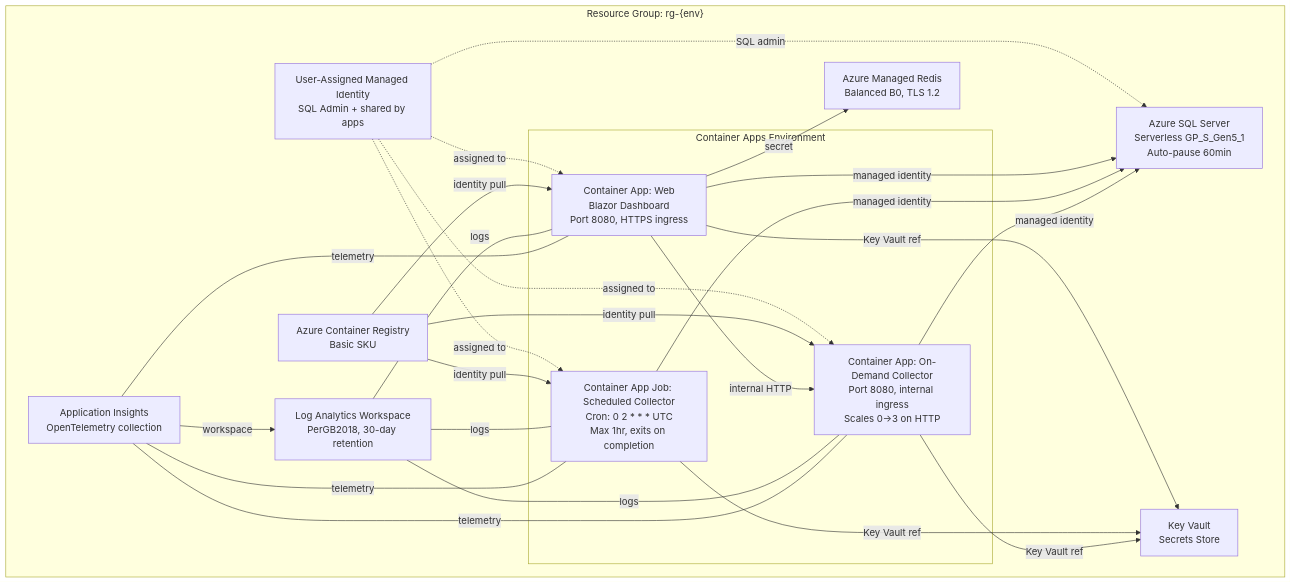
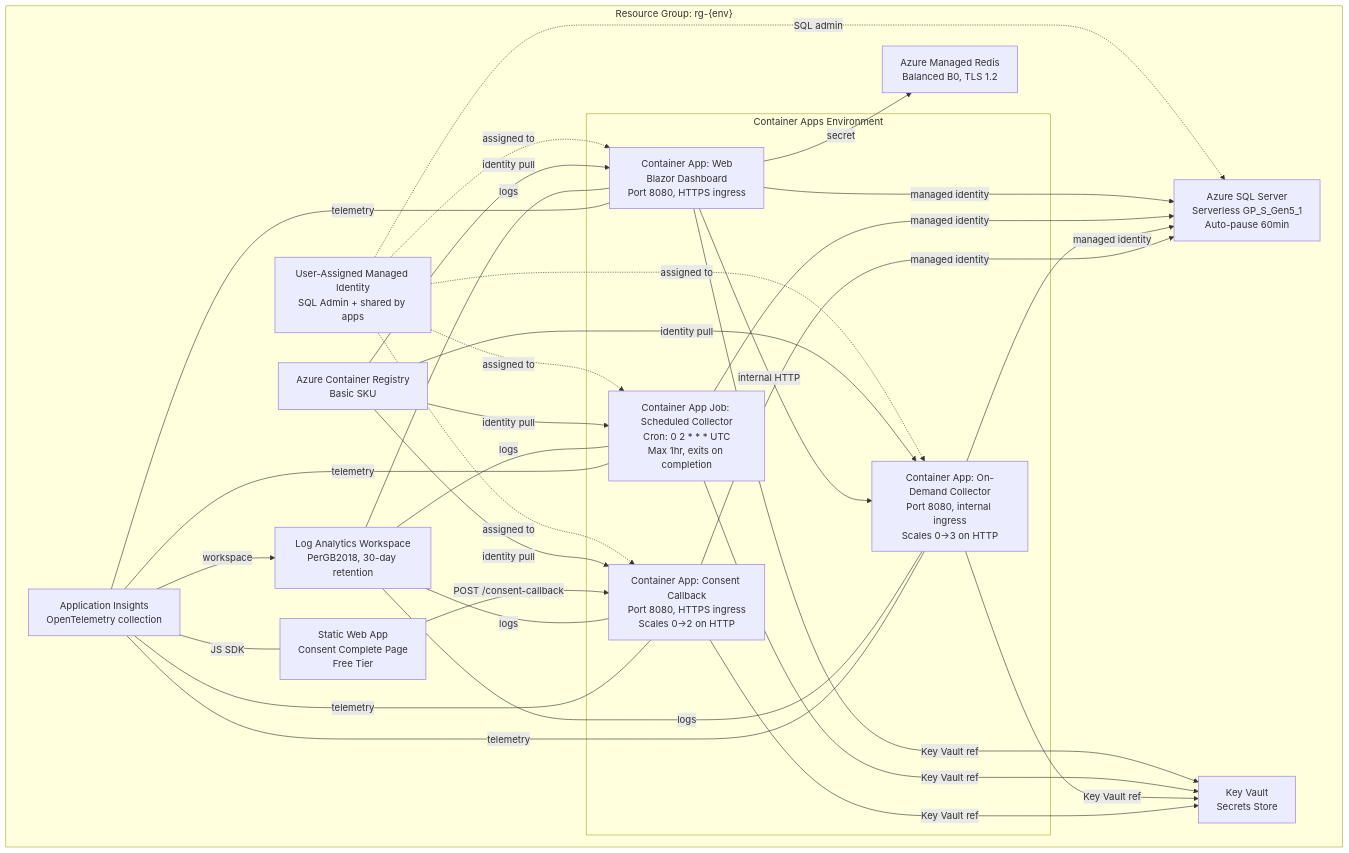
The first of 2 diagrams in docs/deployment.md (tdsnxnielsen-mikkelbach/MWDashboard), drawn with Mermaid before and after one commit. The commit also changed other lines of this file and 20 other files, not shown here.

First line of the commit message:
feat: Implement automated consent flow with tenant auto-registration

````diff
--- a/docs/deployment.md
+++ b/docs/deployment.md
@@ -5,40 +5,50 @@
 ```mermaid
 graph TB
     subgraph "Resource Group: rg-{env}"
         subgraph Container Apps Environment
             Web[Container App: Web<br/>Blazor Dashboard<br/>Port 8080, HTTPS ingress]
             Collector[Container App: On-Demand Collector<br/>Port 8080, internal ingress<br/>Scales 0→3 on HTTP]
+            Consent[Container App: Consent Callback<br/>Port 8080, HTTPS ingress<br/>Scales 0→2 on HTTP]
             Job[Container App Job: Scheduled Collector<br/>Cron: 0 2 * * * UTC<br/>Max 1hr, exits on completion]
         end
         ACR[Azure Container Registry<br/>Basic SKU]
         SQL[Azure SQL Server<br/>Serverless GP_S_Gen5_1<br/>Auto-pause 60min]
         Redis[Azure Managed Redis<br/>Balanced B0, TLS 1.2]
         KV[Key Vault<br/>Secrets Store]
         UAMI[User-Assigned Managed Identity<br/>SQL Admin + shared by apps]
         Logs[Log Analytics Workspace<br/>PerGB2018, 30-day retention]
         AppInsights[Application Insights<br/>OpenTelemetry collection]
+        SWA[Static Web App<br/>Consent Complete Page<br/>Free Tier]
     end
 
     UAMI -.->|SQL admin| SQL
     UAMI -.->|assigned to| Web
     UAMI -.->|assigned to| Job
     UAMI -.->|assigned to| Collector
+    UAMI -.->|assigned to| Consent
     ACR -->|identity pull| Web
     ACR -->|identity pull| Job
     ACR -->|identity pull| Collector
+    ACR -->|identity pull| Consent
     Web -->|managed identity| SQL
     Job -->|managed identity| SQL
     Collector -->|managed identity| SQL
+    Consent -->|managed identity| SQL
     Web -->|Key Vault ref| KV
     Job -->|Key Vault ref| KV
     Collector -->|Key Vault ref| KV
+    Consent -->|Key Vault ref| KV
     Web -->|secret| Redis
     Web -->|internal HTTP| Collector
+    SWA -->|POST /consent-callback| Consent
     Logs ---|logs| Web
     Logs ---|logs| Job
     Logs ---|logs| Collector
+    Logs ---|logs| Consent
     AppInsights ---|telemetry| Web
     AppInsights ---|telemetry| Job
     AppInsights ---|telemetry| Collector
+    AppInsights ---|telemetry| Consent
+    AppInsights ---|JS SDK| SWA
     AppInsights -->|workspace| Logs
 ```
````
